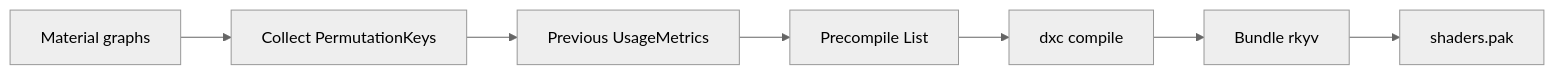
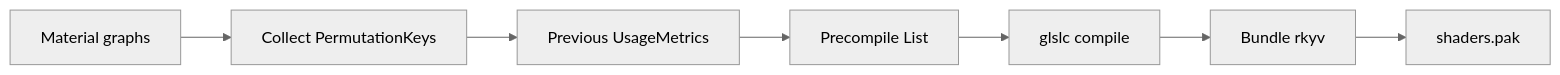
One commit to harmonius-dev/harmonius changed the second of 3 diagrams in docs/design/rendering/shader-variants.md. Above: the diagram before and after it, drawn with Mermaid (neutral theme). The commit also changed other lines of this file and 128 other files, not shown here.

````diff
--- a/docs/design/rendering/shader-variants.md
+++ b/docs/design/rendering/shader-variants.md
@@ -251,9 +251,9 @@
 ```mermaid
 flowchart LR
     MG[Material graphs] --> PK[Collect PermutationKeys]
     PK --> UM[Previous UsageMetrics]
     UM --> PL[Precompile List]
-    PL --> DXC[dxc compile]
-    DXC --> BUN[Bundle rkyv]
+    PL --> glslc[glslc compile]
+    glslc --> BUN[Bundle rkyv]
     BUN --> PAK[shaders.pak]
 ```
````
